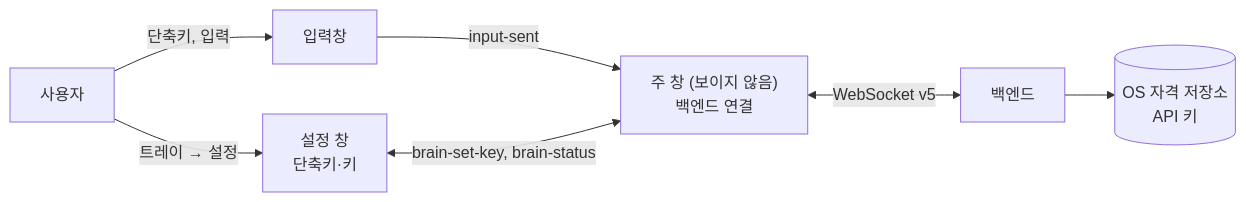
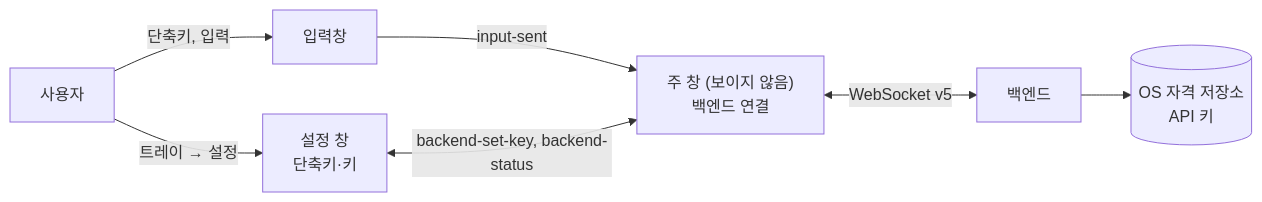
The diagram in ARCHITECTURE.md (HEOSEONGILml/AssistantChatBot), drawn with Mermaid before and after one commit. The commit also changed other lines of this file and 30 other files, not shown here.

````diff
--- a/ARCHITECTURE.md
+++ b/ARCHITECTURE.md
@@ -9,9 +9,9 @@
 ```mermaid
 flowchart LR
   U["사용자"] -->|"단축키, 입력"| IN["입력창"]
   U -->|"트레이 → 설정"| SET["설정 창<br>단축키·키"]
   IN -->|"input-sent"| MAIN["주 창 (보이지 않음)<br>백엔드 연결"]
-  SET <-->|"brain-set-key, brain-status"| MAIN
+  SET <-->|"backend-set-key, backend-status"| MAIN
   MAIN <-->|"WebSocket v5"| B["백엔드"]
   B --> K[("OS 자격 저장소<br>API 키")]
 ```
````
